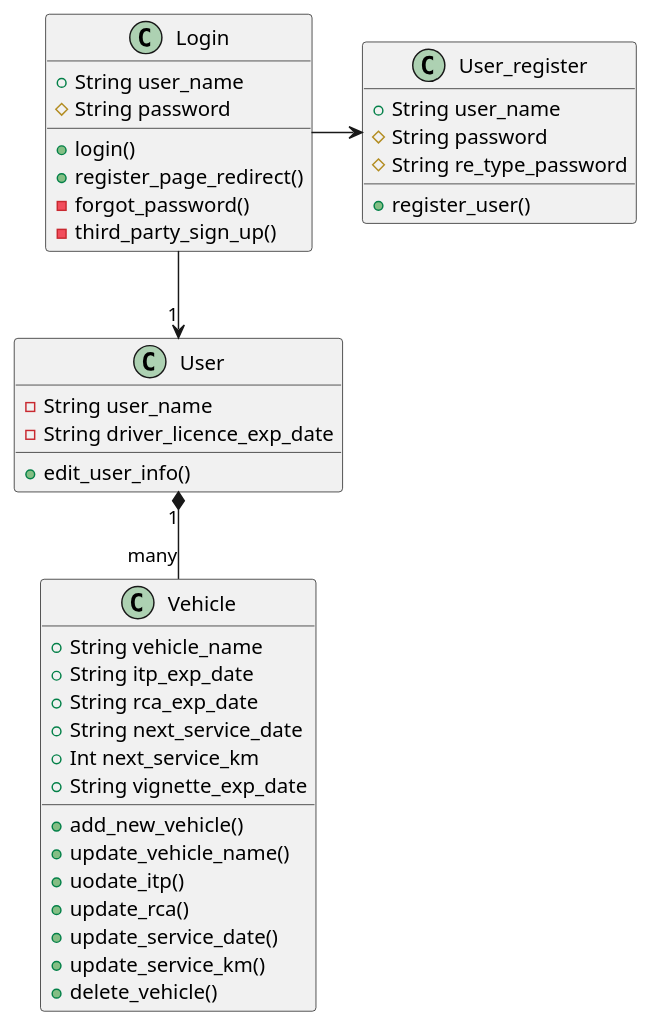
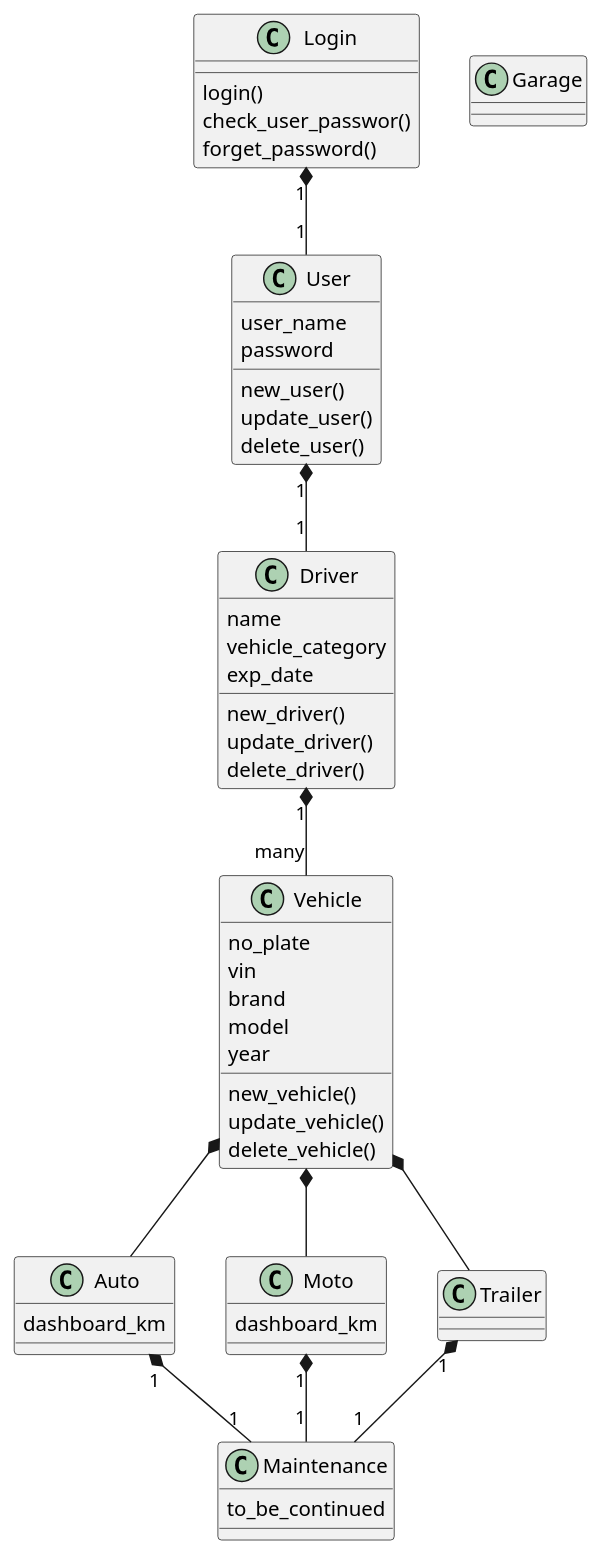
The diagram in class.puml (vsmro/checkyourcar), drawn with PlantUML before and after one commit.

Commit message:
Added the class diagram

```diff
--- a/class.puml
+++ b/class.puml
@@ -1,51 +1,89 @@
 @startuml
 'https://plantuml.com/class-diagram
 
 class Login
 {
-    +String user_name
-    #String password
-    +login()
-    +register_page_redirect()
-    -forgot_password()
-    -third_party_sign_up()
+login()
+check_user_passwor()
+forget_password()
+}
+Login "1" *-- "1" User
+class User
+{
+user_name
+password
+
+new_user()
+update_user()
+delete_user()
 }
 
-class User_register
+class Driver
 {
-    +String user_name
-    #String password
-    #String re_type_password
-    +register_user()
+name
+vehicle_category
+exp_date
+new_driver()
+update_driver()
+delete_driver()
 }
-class User
-{
-    -String user_name
-    -String driver_licence_exp_date
-    +edit_user_info()
-}
+User "1" *-- "1" Driver
+
+
+
 
 class Vehicle
 {
-    +String vehicle_name
-    +String itp_exp_date
-    +String rca_exp_date
-    +String next_service_date
-    +Int next_service_km
-    +String vignette_exp_date
-    +add_new_vehicle()
-    +update_vehicle_name()
-    +uodate_itp()
-    +update_rca()
-    +update_service_date()
-    +update_service_km()
-    +delete_vehicle()
- }
- Login-> User_register
- Login --> "1" User
+no_plate
+vin
+brand
+model
+year
+new_vehicle()
+update_vehicle()
+delete_vehicle()
+}
+Driver "1" *-- "many" Vehicle
 
- User "1" *--"many" Vehicle
+class Auto
+{
+dashboard_km
+}
+Vehicle *-- Auto
+
+Class Moto
+{
+dashboard_km
+}
+Vehicle *-- Moto
+
+class Trailer
+{
+}
+Vehicle *-- Trailer
+class Maintenance
+{
+ to_be_continued
+}
+
+Auto "1" *-- "1" Maintenance
+Moto "1" *-- "1" Maintenance
+Trailer "1" *-- "1" Maintenance
+
+class Garage {
+
+
+}
+
+
+
+
+
+
+
+
+
 
 
 
 @enduml
```
